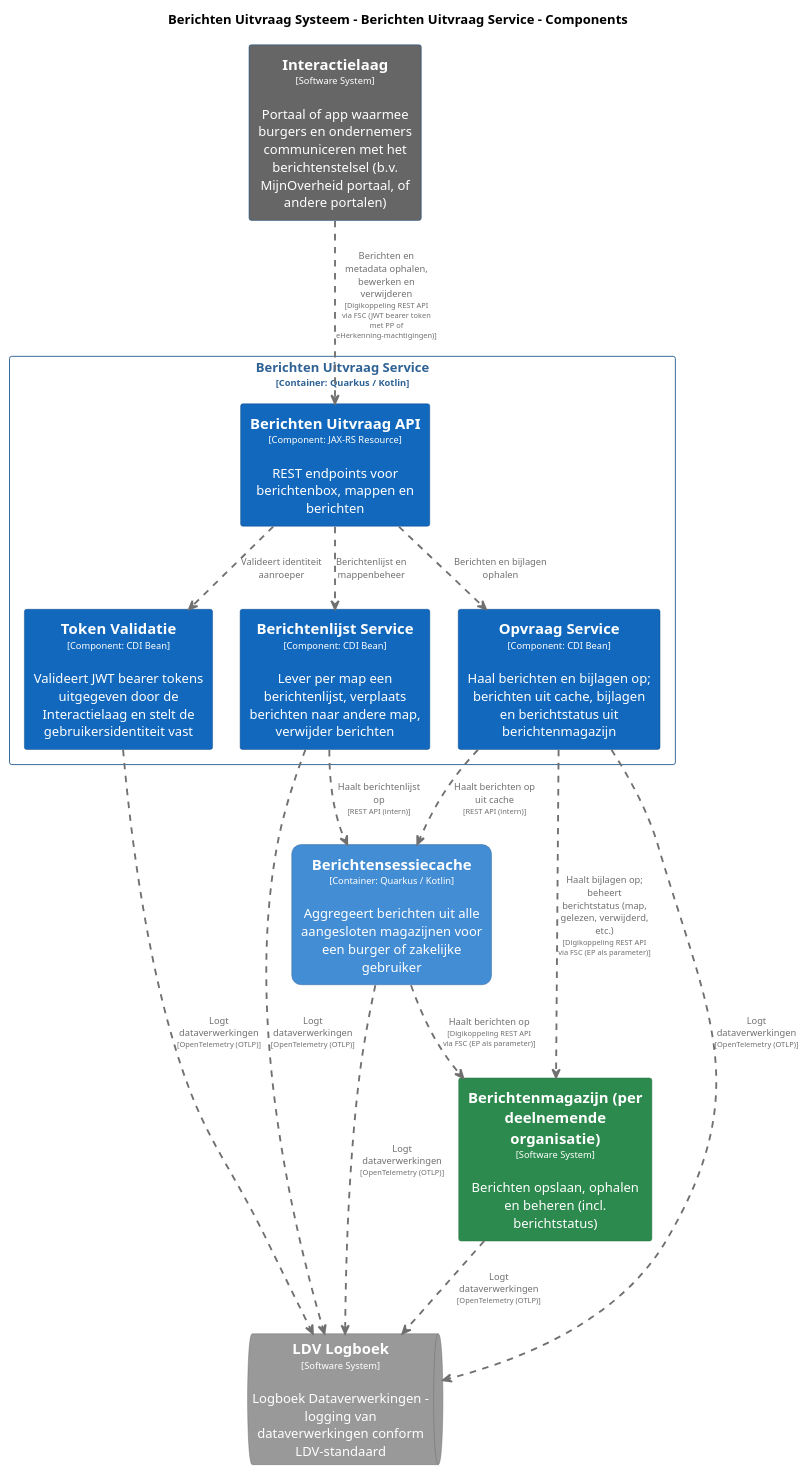
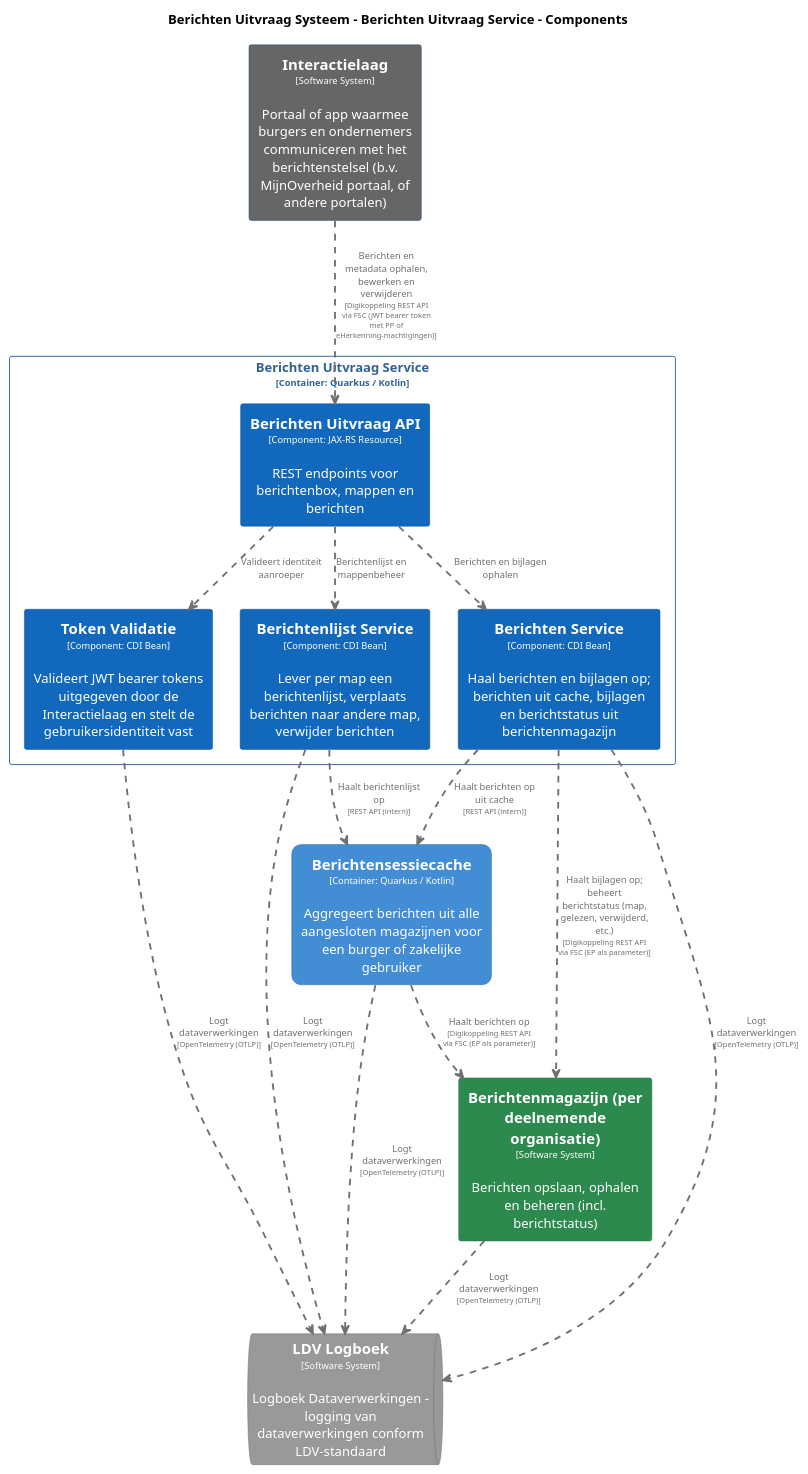
Before and after one commit to MinBZK/moza-poc-fbs-berichtenbox: the diagram in pr-preview/pr-22/master/puml/BerichtenUitvraagServiceComponenten.puml, drawn with PlantUML. The commit also changed 9 other files, not shown here.

```diff
--- a/pr-preview/pr-22/master/puml/BerichtenUitvraagServiceComponenten.puml
+++ b/pr-preview/pr-22/master/puml/BerichtenUitvraagServiceComponenten.puml
@@ -1,98 +1,98 @@
 @startuml
 set separator none
 title Berichten Uitvraag Systeem - Berichten Uitvraag Service - Components
 
 top to bottom direction
 skinparam ranksep 60
 skinparam nodesep 30
 
 skinparam {
   arrowFontSize 10
   defaultTextAlignment center
   wrapWidth 200
   maxMessageSize 100
 }
 
 hide stereotype
 
+skinparam rectangle<<BerichtenUitvraagSysteem.BerichtenUitvraagService.BerichtenService>> {
+  BackgroundColor #1168bd
+  FontColor #ffffff
+  BorderColor #0b4884
+  shadowing false
+}
 skinparam rectangle<<BerichtenUitvraagSysteem.BerichtenUitvraagService.BerichtenUitvraagAPI>> {
   BackgroundColor #1168bd
   FontColor #ffffff
   BorderColor #0b4884
   shadowing false
 }
 skinparam rectangle<<BerichtenUitvraagSysteem.BerichtenUitvraagService.BerichtenlijstService>> {
   BackgroundColor #1168bd
   FontColor #ffffff
   BorderColor #0b4884
   shadowing false
 }
 skinparam rectangle<<Berichtenmagazijnperdeelnemendeorganisatie>> {
   BackgroundColor #2d8a4e
   FontColor #ffffff
   BorderColor #1e6b38
   shadowing false
 }
 skinparam rectangle<<BerichtenUitvraagSysteem.Berichtensessiecache>> {
   BackgroundColor #438dd5
   FontColor #ffffff
   BorderColor #2e6295
   roundCorner 20
   shadowing false
 }
 skinparam rectangle<<Interactielaag>> {
   BackgroundColor #666666
   FontColor #ffffff
   BorderColor #0b4884
   shadowing false
 }
 skinparam queue<<LDVLogboek>> {
   BackgroundColor #999999
   FontColor #ffffff
   BorderColor #6b6b6b
   shadowing false
 }
-skinparam rectangle<<BerichtenUitvraagSysteem.BerichtenUitvraagService.OpvraagService>> {
-  BackgroundColor #1168bd
-  FontColor #ffffff
-  BorderColor #0b4884
-  shadowing false
-}
 skinparam rectangle<<BerichtenUitvraagSysteem.BerichtenUitvraagService.TokenValidatie>> {
   BackgroundColor #1168bd
   FontColor #ffffff
   BorderColor #0b4884
   shadowing false
 }
 skinparam rectangle<<BerichtenUitvraagSysteem.BerichtenUitvraagService>> {
   BorderColor #2e6295
   FontColor #2e6295
   shadowing false
 }
 
 rectangle "==Interactielaag\n<size:10>[Software System]</size>\n\nPortaal of app waarmee burgers en ondernemers communiceren met het berichtenstelsel (b.v. MijnOverheid portaal, of andere portalen)" <<Interactielaag>> as Interactielaag
 rectangle "==Berichtenmagazijn (per deelnemende organisatie)\n<size:10>[Software System]</size>\n\nBerichten opslaan, ophalen en beheren (incl. berichtstatus)" <<Berichtenmagazijnperdeelnemendeorganisatie>> as Berichtenmagazijnperdeelnemendeorganisatie
 rectangle "==Berichtensessiecache\n<size:10>[Container: Quarkus / Kotlin]</size>\n\nAggregeert berichten uit alle aangesloten magazijnen voor een burger of zakelijke gebruiker" <<BerichtenUitvraagSysteem.Berichtensessiecache>> as BerichtenUitvraagSysteem.Berichtensessiecache
 queue "==LDV Logboek\n<size:10>[Software System]</size>\n\nLogboek Dataverwerkingen - logging van dataverwerkingen conform LDV-standaard" <<LDVLogboek>> as LDVLogboek
 
 rectangle "Berichten Uitvraag Service\n<size:10>[Container: Quarkus / Kotlin]</size>" <<BerichtenUitvraagSysteem.BerichtenUitvraagService>> {
   rectangle "==Berichten Uitvraag API\n<size:10>[Component: JAX-RS Resource]</size>\n\nREST endpoints voor berichtenbox, mappen en berichten" <<BerichtenUitvraagSysteem.BerichtenUitvraagService.BerichtenUitvraagAPI>> as BerichtenUitvraagSysteem.BerichtenUitvraagService.BerichtenUitvraagAPI
   rectangle "==Token Validatie\n<size:10>[Component: CDI Bean]</size>\n\nValideert JWT bearer tokens uitgegeven door de Interactielaag en stelt de gebruikersidentiteit vast" <<BerichtenUitvraagSysteem.BerichtenUitvraagService.TokenValidatie>> as BerichtenUitvraagSysteem.BerichtenUitvraagService.TokenValidatie
   rectangle "==Berichtenlijst Service\n<size:10>[Component: CDI Bean]</size>\n\nLever per map een berichtenlijst, verplaats berichten naar andere map, verwijder berichten" <<BerichtenUitvraagSysteem.BerichtenUitvraagService.BerichtenlijstService>> as BerichtenUitvraagSysteem.BerichtenUitvraagService.BerichtenlijstService
-  rectangle "==Opvraag Service\n<size:10>[Component: CDI Bean]</size>\n\nHaal berichten en bijlagen op; berichten uit cache, bijlagen en berichtstatus uit berichtenmagazijn" <<BerichtenUitvraagSysteem.BerichtenUitvraagService.OpvraagService>> as BerichtenUitvraagSysteem.BerichtenUitvraagService.OpvraagService
+  rectangle "==Berichten Service\n<size:10>[Component: CDI Bean]</size>\n\nHaal berichten en bijlagen op; berichten uit cache, bijlagen en berichtstatus uit berichtenmagazijn" <<BerichtenUitvraagSysteem.BerichtenUitvraagService.BerichtenService>> as BerichtenUitvraagSysteem.BerichtenUitvraagService.BerichtenService
 }
 
 BerichtenUitvraagSysteem.Berichtensessiecache .[#707070,thickness=2].> Berichtenmagazijnperdeelnemendeorganisatie : "<color:#707070>Haalt berichten op\n<color:#707070><size:8>[Digikoppeling REST API via FSC (EP als parameter)]</size>"
 Berichtenmagazijnperdeelnemendeorganisatie .[#707070,thickness=2].> LDVLogboek : "<color:#707070>Logt dataverwerkingen\n<color:#707070><size:8>[OpenTelemetry (OTLP)]</size>"
 BerichtenUitvraagSysteem.Berichtensessiecache .[#707070,thickness=2].> LDVLogboek : "<color:#707070>Logt dataverwerkingen\n<color:#707070><size:8>[OpenTelemetry (OTLP)]</size>"
 BerichtenUitvraagSysteem.BerichtenUitvraagService.TokenValidatie .[#707070,thickness=2].> LDVLogboek : "<color:#707070>Logt dataverwerkingen\n<color:#707070><size:8>[OpenTelemetry (OTLP)]</size>"
 BerichtenUitvraagSysteem.BerichtenUitvraagService.BerichtenlijstService .[#707070,thickness=2].> LDVLogboek : "<color:#707070>Logt dataverwerkingen\n<color:#707070><size:8>[OpenTelemetry (OTLP)]</size>"
-BerichtenUitvraagSysteem.BerichtenUitvraagService.OpvraagService .[#707070,thickness=2].> LDVLogboek : "<color:#707070>Logt dataverwerkingen\n<color:#707070><size:8>[OpenTelemetry (OTLP)]</size>"
+BerichtenUitvraagSysteem.BerichtenUitvraagService.BerichtenService .[#707070,thickness=2].> LDVLogboek : "<color:#707070>Logt dataverwerkingen\n<color:#707070><size:8>[OpenTelemetry (OTLP)]</size>"
 BerichtenUitvraagSysteem.BerichtenUitvraagService.BerichtenUitvraagAPI .[#707070,thickness=2].> BerichtenUitvraagSysteem.BerichtenUitvraagService.TokenValidatie : "<color:#707070>Valideert identiteit aanroeper"
 BerichtenUitvraagSysteem.BerichtenUitvraagService.BerichtenUitvraagAPI .[#707070,thickness=2].> BerichtenUitvraagSysteem.BerichtenUitvraagService.BerichtenlijstService : "<color:#707070>Berichtenlijst en mappenbeheer"
-BerichtenUitvraagSysteem.BerichtenUitvraagService.BerichtenUitvraagAPI .[#707070,thickness=2].> BerichtenUitvraagSysteem.BerichtenUitvraagService.OpvraagService : "<color:#707070>Berichten en bijlagen ophalen"
-BerichtenUitvraagSysteem.BerichtenUitvraagService.OpvraagService .[#707070,thickness=2].> BerichtenUitvraagSysteem.Berichtensessiecache : "<color:#707070>Haalt berichten op uit cache\n<color:#707070><size:8>[REST API (intern)]</size>"
+BerichtenUitvraagSysteem.BerichtenUitvraagService.BerichtenUitvraagAPI .[#707070,thickness=2].> BerichtenUitvraagSysteem.BerichtenUitvraagService.BerichtenService : "<color:#707070>Berichten en bijlagen ophalen"
+BerichtenUitvraagSysteem.BerichtenUitvraagService.BerichtenService .[#707070,thickness=2].> BerichtenUitvraagSysteem.Berichtensessiecache : "<color:#707070>Haalt berichten op uit cache\n<color:#707070><size:8>[REST API (intern)]</size>"
 BerichtenUitvraagSysteem.BerichtenUitvraagService.BerichtenlijstService .[#707070,thickness=2].> BerichtenUitvraagSysteem.Berichtensessiecache : "<color:#707070>Haalt berichtenlijst op\n<color:#707070><size:8>[REST API (intern)]</size>"
 Interactielaag .[#707070,thickness=2].> BerichtenUitvraagSysteem.BerichtenUitvraagService.BerichtenUitvraagAPI : "<color:#707070>Berichten en metadata ophalen, bewerken en verwijderen\n<color:#707070><size:8>[Digikoppeling REST API via FSC (JWT bearer token met PP of eHerkenning-machtigingen)]</size>"
-BerichtenUitvraagSysteem.BerichtenUitvraagService.OpvraagService .[#707070,thickness=2].> Berichtenmagazijnperdeelnemendeorganisatie : "<color:#707070>Haalt bijlagen op; beheert berichtstatus (map, gelezen, verwijderd, etc.)\n<color:#707070><size:8>[Digikoppeling REST API via FSC (EP als parameter)]</size>"
+BerichtenUitvraagSysteem.BerichtenUitvraagService.BerichtenService .[#707070,thickness=2].> Berichtenmagazijnperdeelnemendeorganisatie : "<color:#707070>Haalt bijlagen op; beheert berichtstatus (map, gelezen, verwijderd, etc.)\n<color:#707070><size:8>[Digikoppeling REST API via FSC (EP als parameter)]</size>"
 @enduml
```
